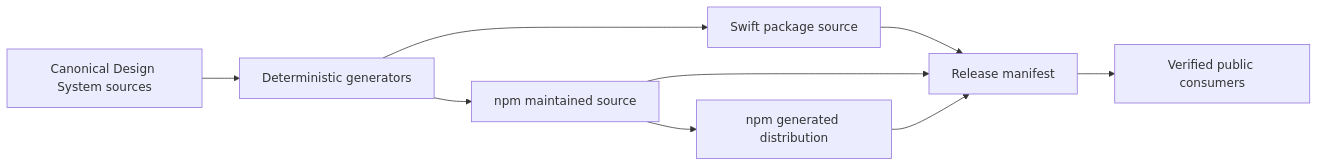
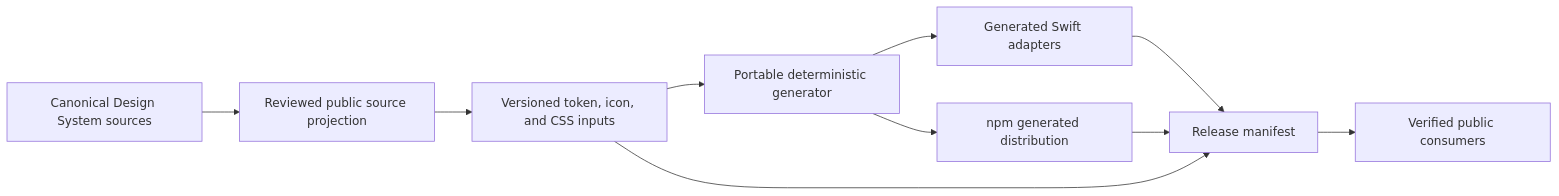
One commit to qenterra/design-system changed the diagram in packages/docs/ARCHITECTURE.md. Above: the diagram before and after it, drawn with Mermaid. The commit also changed other lines of this file and 38 other files, not shown here.

````diff
--- a/packages/docs/ARCHITECTURE.md
+++ b/packages/docs/ARCHITECTURE.md
@@ -9,11 +9,12 @@
 ```mermaid
 flowchart LR
-    Canonical[Canonical Design System sources] --> Generator[Deterministic generators]
-    Generator --> Swift[Swift package source]
-    Generator --> NpmSource[npm maintained source]
-    NpmSource --> NpmDist[npm generated distribution]
+    Canonical[Canonical Design System sources] --> Projection[Reviewed public source projection]
+    Projection --> NpmSource[Versioned token, icon, and CSS inputs]
+    NpmSource --> Generator[Portable deterministic generator]
+    Generator --> Swift[Generated Swift adapters]
+    Generator --> NpmDist[npm generated distribution]
     Swift --> Manifest[Release manifest]
     NpmSource --> Manifest
     NpmDist --> Manifest
     Manifest --> Consumers[Verified public consumers]
 ```
````
